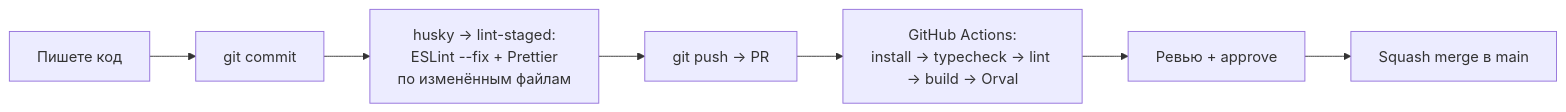
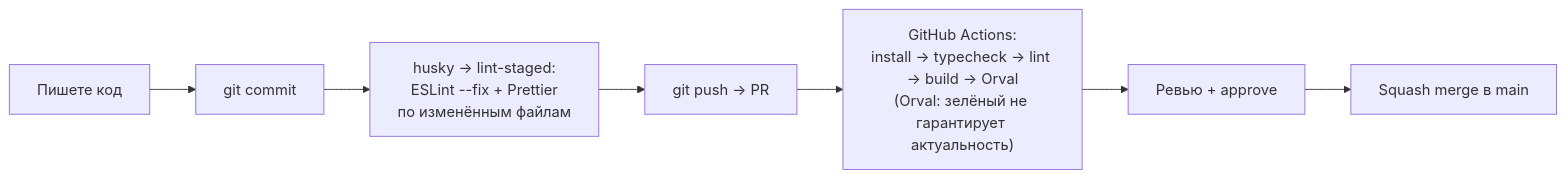
Before and after one commit to project-messenger/monorepo-app: the diagram in apps/web/docs/tooling.md, drawn with Mermaid. The commit also changed other lines of this file and 1 other file, not shown here.

Commit message:
docs: KAN-7 address code review comments
- tooling.md: document Orval CI check limitation (generation errors
  suppressed with '|| true', green CI does not guarantee fresh client)
- workflow.md: mention 'pnpm --filter api test' for apps/api changes
  in local pre-PR checks

````diff
--- a/apps/web/docs/tooling.md
+++ b/apps/web/docs/tooling.md
@@ -7,9 +7,9 @@
 ```mermaid
 flowchart LR
     Edit["Пишете код"] --> Commit["git commit"]
     Commit --> Hook["husky → lint-staged:<br/>ESLint --fix + Prettier<br/>по изменённым файлам"]
     Hook --> Push["git push → PR"]
-    Push --> CI["GitHub Actions:<br/>install → typecheck → lint → build → Orval"]
+    Push --> CI["GitHub Actions:<br/>install → typecheck → lint → build → Orval<br/>(Orval: зелёный не гарантирует актуальность)"]
     CI --> Review["Ревью + approve"]
     Review --> Merge["Squash merge в main"]
 ```
````
